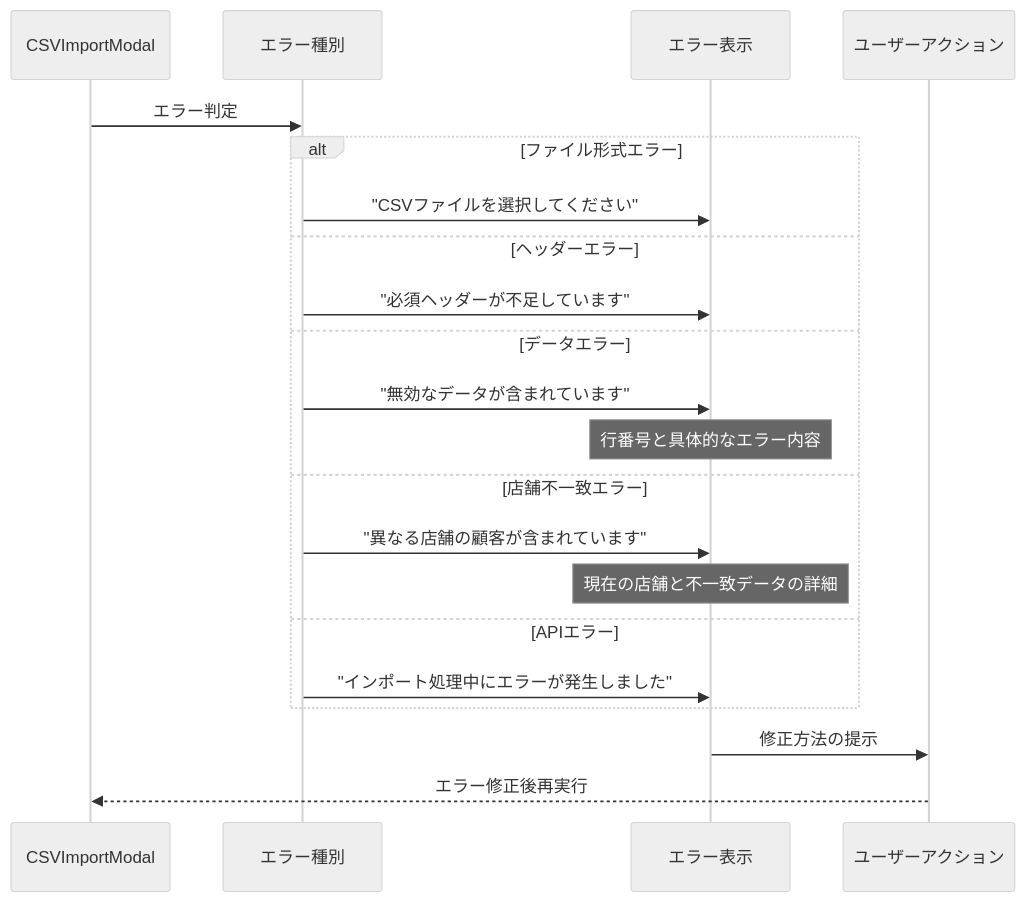
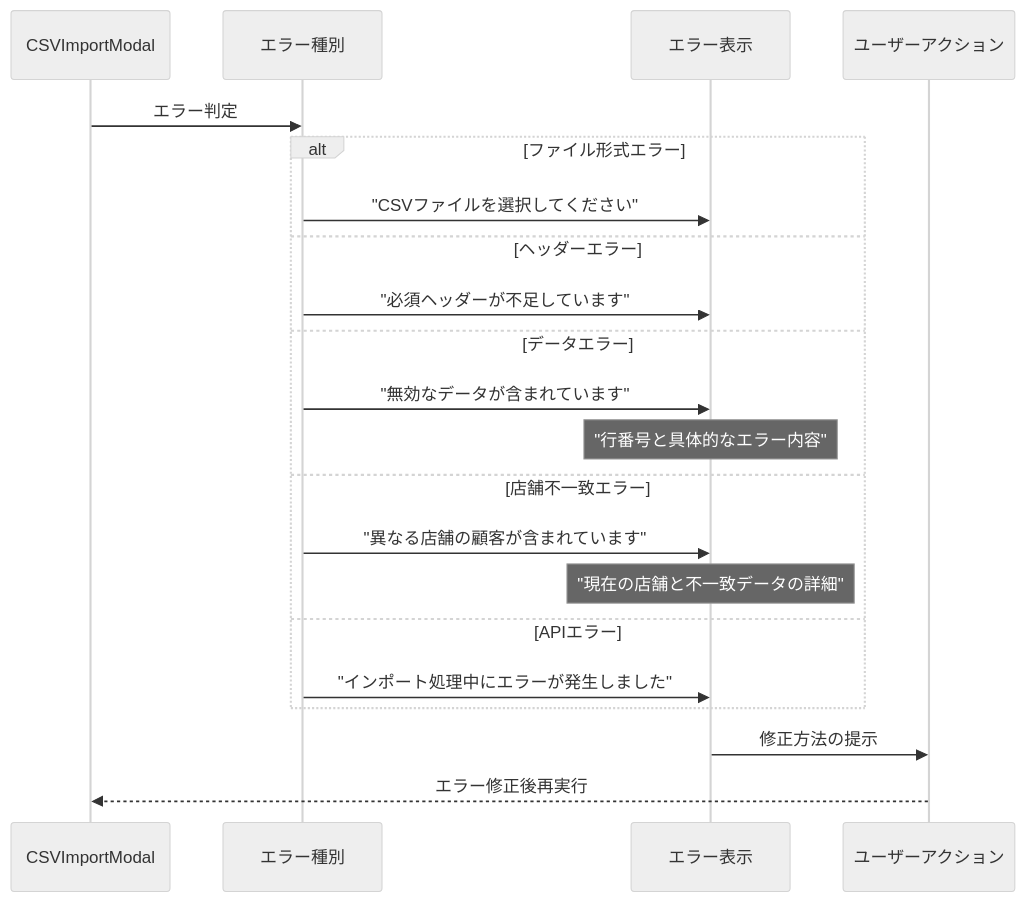
Before and after one commit to wasabi49/ocs-systemDevelopmentExercises: the tenth of 11 diagrams in document/components/sequence/Modal.md, drawn with Mermaid (neutral theme). The commit also changed other lines of this file and 42 other files, not shown here.

First line of the commit message:
fix: mermaidシーケンス図のNote over文でダブルクォーテーション不足を修正

````diff
--- a/document/components/sequence/Modal.md
+++ b/document/components/sequence/Modal.md
@@ -231,26 +231,26 @@
 ```mermaid
 sequenceDiagram
     participant Modal as CSVImportModal
     participant ErrorType as エラー種別
     participant ErrorDisplay as エラー表示
     participant UserAction as ユーザーアクション
 
     Modal->>ErrorType: エラー判定
     
     alt ファイル形式エラー
         ErrorType->>ErrorDisplay: "CSVファイルを選択してください"
     else ヘッダーエラー
         ErrorType->>ErrorDisplay: "必須ヘッダーが不足しています"
     else データエラー
         ErrorType->>ErrorDisplay: "無効なデータが含まれています"
-        Note over ErrorDisplay: 行番号と具体的なエラー内容
+        Note over ErrorDisplay: "行番号と具体的なエラー内容"
     else 店舗不一致エラー
         ErrorType->>ErrorDisplay: "異なる店舗の顧客が含まれています"
-        Note over ErrorDisplay: 現在の店舗と不一致データの詳細
+        Note over ErrorDisplay: "現在の店舗と不一致データの詳細"
     else APIエラー
         ErrorType->>ErrorDisplay: "インポート処理中にエラーが発生しました"
     end
     
     ErrorDisplay->>UserAction: 修正方法の提示
     UserAction-->>Modal: エラー修正後再実行
 ```
````
